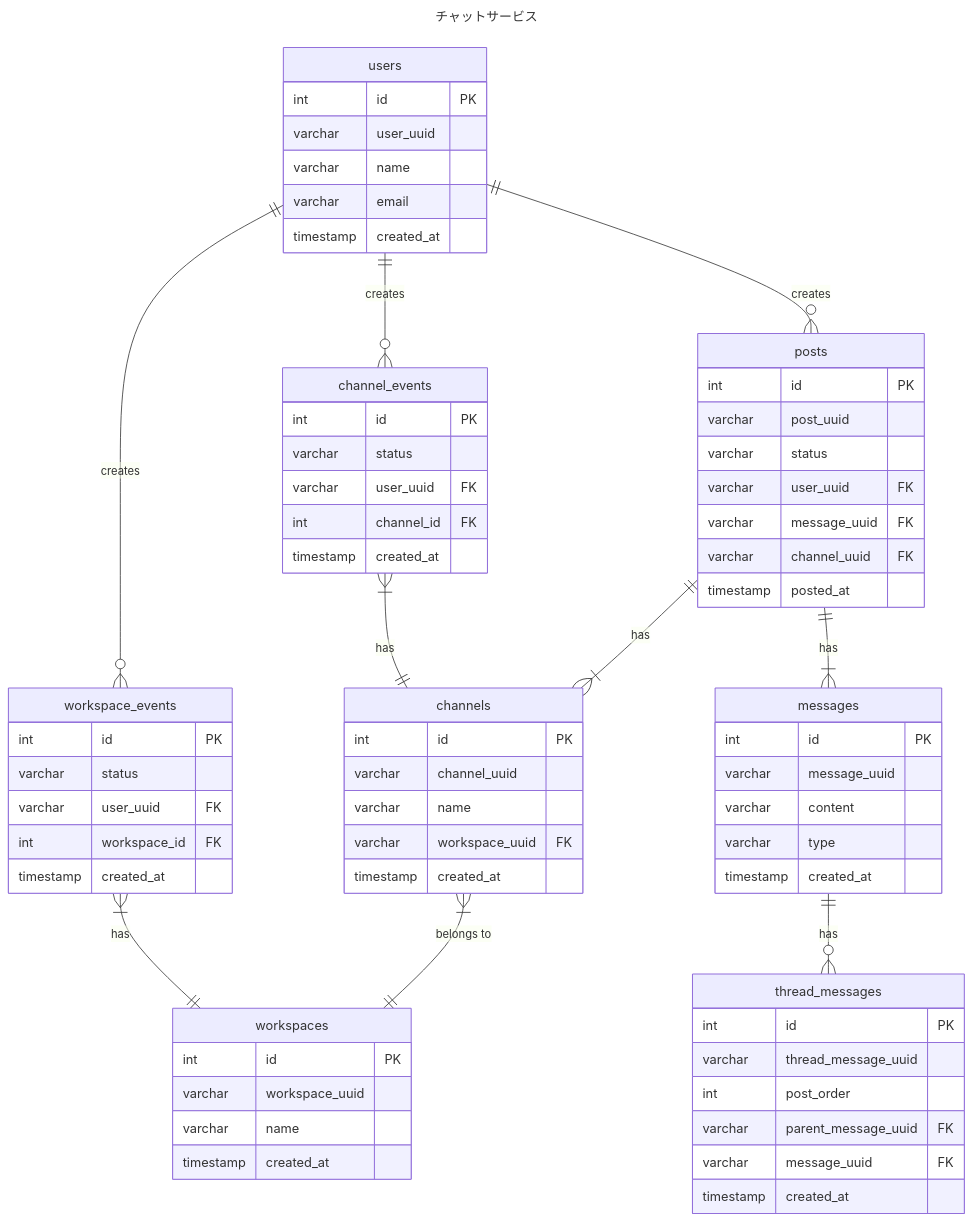
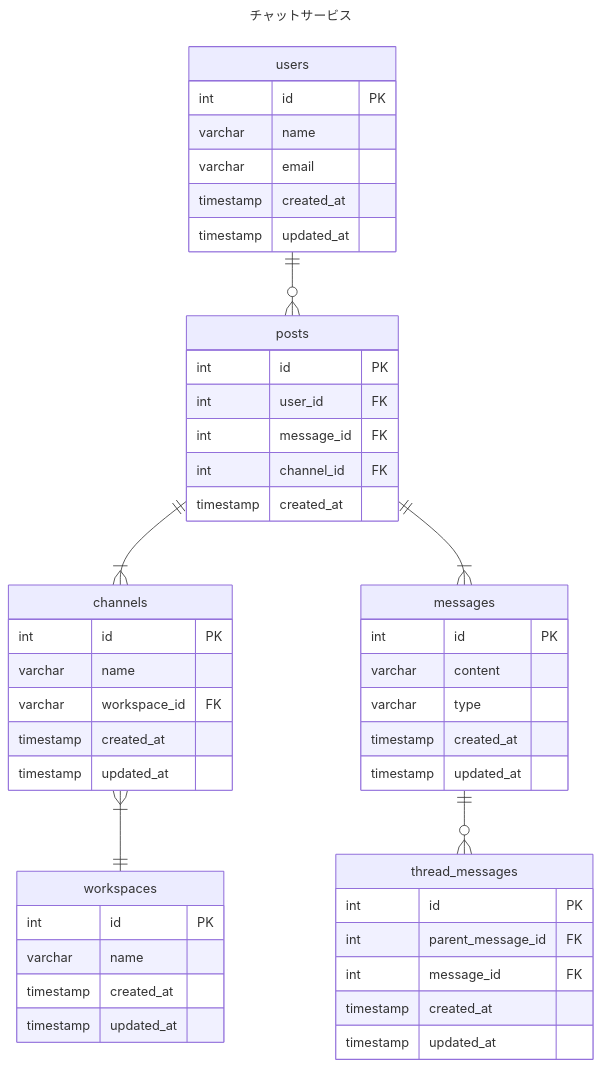
The diagram in db/modeling/2-latest/er.md (ttakuma17/til), drawn with Mermaid before and after one commit. The commit also changed other lines of this file, not shown here.

Commit message:
DBモデリング2の修正

````diff
--- a/db/modeling/2-latest/er.md
+++ b/db/modeling/2-latest/er.md
@@ -9,82 +9,58 @@
 ```mermaid
 ---
 title: チャットサービス
 ---
 erDiagram
   %% ユーザー(R)
   users {
     int id PK
-    varchar user_uuid
     varchar name
     varchar email
     timestamp created_at
+    timestamp updated_at
   }
-  %% ワークスペース(R) 
+  %% ワークスペース(R)
   workspaces {
     int id PK
-    varchar workspace_uuid
     varchar name
     timestamp created_at
+    timestamp updated_at 
   }
   %% チャンネル(R)
-  channels {
+  channels { 
     int id PK
-    varchar channel_uuid
     varchar name
-    varchar workspace_uuid FK
+    varchar workspace_id FK
     timestamp created_at
-  }
-  %% ワークスペースイベント(E)
-  workspace_events {
-    int id PK
-    varchar status
-    varchar user_uuid FK
-    int workspace_id FK
-    timestamp created_at
-  }
-  %% チャンネルイベント(E)
-  channel_events {
-    int id PK
-    varchar status
-    varchar user_uuid FK
-    int channel_id FK
-    timestamp created_at
+    timestamp updated_at
   }
   %% 投稿(E)
   posts {
     int id PK
-    varchar post_uuid
-    varchar status
-    varchar user_uuid FK
-    varchar message_uuid FK
-    varchar channel_uuid FK
-    timestamp posted_at
+    int user_id FK
+    int message_id FK
+    int channel_id FK
+    timestamp created_at
   }
   %% メッセージ(R)
   messages {
     int id PK
-    varchar message_uuid
     varchar content
     varchar type
     timestamp created_at
+    timestamp updated_at
   }
   %% スレッドメッセージ(R)
   thread_messages {
     int id PK
-    varchar thread_message_uuid
-    int post_order
-    varchar parent_message_uuid FK
-    varchar message_uuid FK
+    int parent_message_id FK
+    int message_id FK
     timestamp created_at
+    timestamp updated_at
   }
-        
-  users ||--o{ workspace_events: "creates"
-  users ||--o{ channel_events: "creates"
-  users ||--o{ posts: "creates"
-  channels }| -- || workspaces: "belongs to"
-  posts ||--|{ channels: "has"
-  posts ||--|{ messages: "has"
-  messages ||--o{ thread_messages: "has"
-  workspace_events }|--|| workspaces: "has"
-  channel_events }|--|| channels: "has"
+  channels }| -- || workspaces: ""
+  users ||--o{ posts: ""
+  posts ||--|{ channels: ""
+  posts ||--|{ messages: ""
+  messages ||--o{ thread_messages: ""
 ```
````
